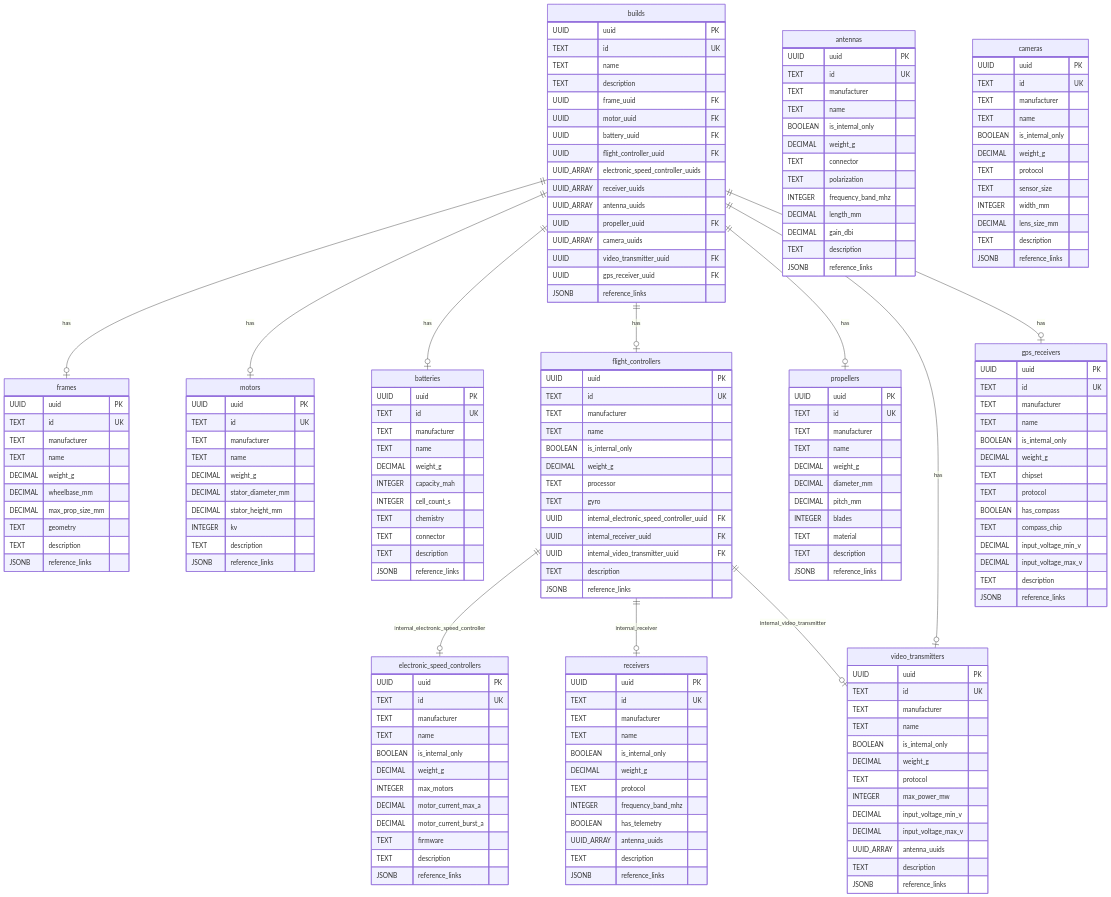
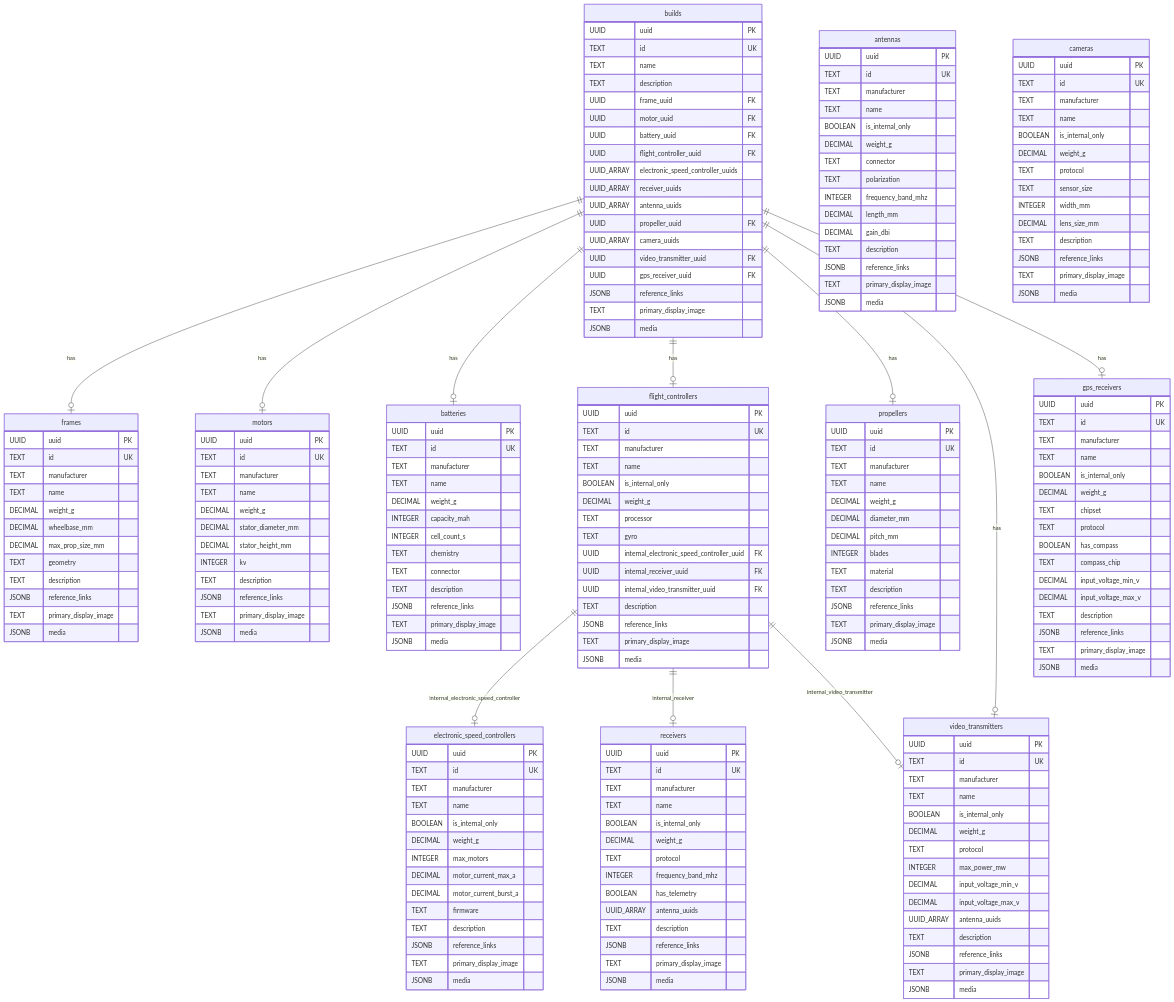
Before and after one commit to rohitramu/quadsmith: the diagram in src/backend/db/diagram.mermaid, drawn with Mermaid. The commit also changed 65 other files, not shown here.

Commit message:
feat: add primary display image and media gallery for components and builds

```diff
--- a/src/backend/db/diagram.mermaid
+++ b/src/backend/db/diagram.mermaid
@@ -16,6 +16,8 @@
         UUID video_transmitter_uuid FK
         UUID gps_receiver_uuid FK
         JSONB reference_links
+        TEXT primary_display_image
+        JSONB media
     }
 
     motors {
@@ -29,6 +31,8 @@
         INTEGER kv
         TEXT description
         JSONB reference_links
+        TEXT primary_display_image
+        JSONB media
     }
 
     frames {
@@ -42,6 +46,8 @@
         TEXT geometry
         TEXT description
         JSONB reference_links
+        TEXT primary_display_image
+        JSONB media
     }
 
     batteries {
@@ -56,6 +62,8 @@
         TEXT connector
         TEXT description
         JSONB reference_links
+        TEXT primary_display_image
+        JSONB media
     }
 
     flight_controllers {
@@ -72,6 +80,8 @@
         UUID internal_video_transmitter_uuid FK
         TEXT description
         JSONB reference_links
+        TEXT primary_display_image
+        JSONB media
     }
 
     electronic_speed_controllers {
@@ -87,6 +97,8 @@
         TEXT firmware
         TEXT description
         JSONB reference_links
+        TEXT primary_display_image
+        JSONB media
     }
 
     receivers {
@@ -102,6 +114,8 @@
         UUID_ARRAY antenna_uuids
         TEXT description
         JSONB reference_links
+        TEXT primary_display_image
+        JSONB media
     }
 
     video_transmitters {
@@ -118,6 +132,8 @@
         UUID_ARRAY antenna_uuids
         TEXT description
         JSONB reference_links
+        TEXT primary_display_image
+        JSONB media
     }
 
     antennas {
@@ -134,6 +150,8 @@
         DECIMAL gain_dbi
         TEXT description
         JSONB reference_links
+        TEXT primary_display_image
+        JSONB media
     }
 
     propellers {
@@ -148,6 +166,8 @@
         TEXT material
         TEXT description
         JSONB reference_links
+        TEXT primary_display_image
+        JSONB media
     }
 
     cameras {
@@ -163,6 +183,8 @@
         DECIMAL lens_size_mm
         TEXT description
         JSONB reference_links
+        TEXT primary_display_image
+        JSONB media
     }
 
     gps_receivers {
@@ -180,6 +202,8 @@
         DECIMAL input_voltage_max_v
         TEXT description
         JSONB reference_links
+        TEXT primary_display_image
+        JSONB media
     }
 
     builds ||--o| frames : has
```
